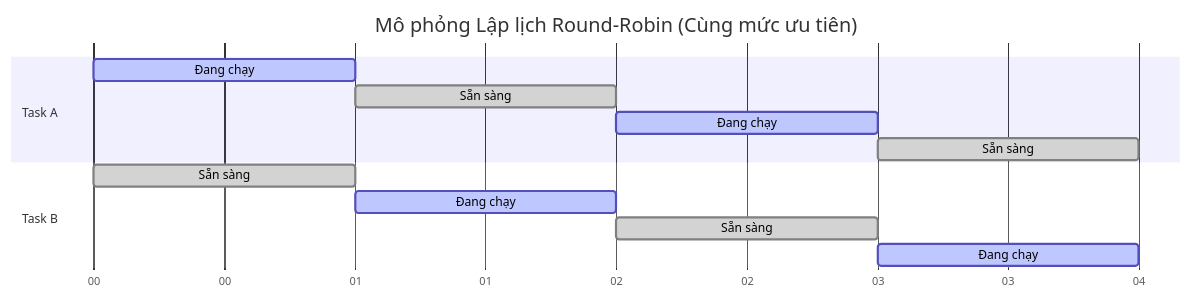
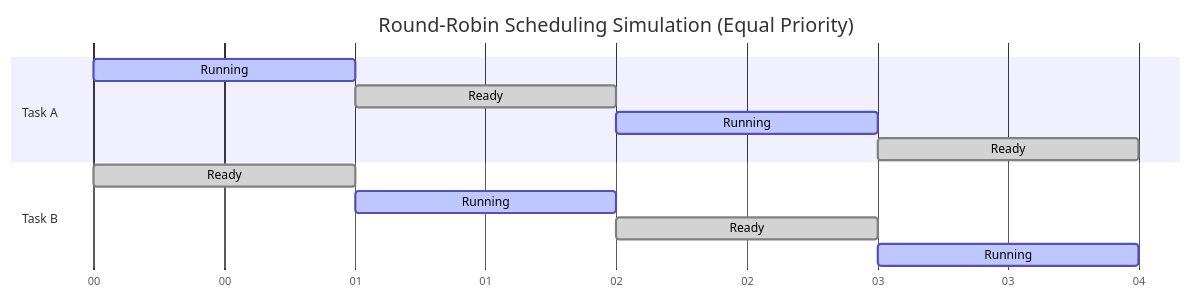
Before and after one commit to WuTech256/Embedded_RoadMap: the fourth of 4 diagrams in Real-Time Operating Systems/FreeRTOSS_Task_Creation/FreeRTOS_Task_Creation_EN.md, drawn with Mermaid. The commit also changed other lines of this file, not shown here.

````diff
--- a/Real-Time Operating Systems/FreeRTOSS_Task_Creation/FreeRTOS_Task_Creation_EN.md
+++ b/Real-Time Operating Systems/FreeRTOSS_Task_Creation/FreeRTOS_Task_Creation_EN.md
@@ -162,18 +164,18 @@
 ```mermaid
 gantt
-    title Mô phỏng Lập lịch Round-Robin (Cùng mức ưu tiên)
+    title Round-Robin Scheduling Simulation (Equal Priority)
     dateFormat  s
     axisFormat  %S
 
     section Task A
-    Đang chạy :active, ta1, 0, 1s
-    Sẵn sàng  :done, ta2, 1, 1s
-    Đang chạy :active, ta3, 2, 1s
-    Sẵn sàng  :done, ta4, 3, 1s
+    Running :active, ta1, 0, 1s
+    Ready   :done, ta2, 1, 1s
+    Running :active, ta3, 2, 1s
+    Ready   :done, ta4, 3, 1s
 
     section Task B
-    Sẵn sàng  :done, tb1, 0, 1s
-    Đang chạy :active, tb2, 1, 1s
-    Sẵn sàng  :done, tb3, 2, 1s
-    Đang chạy :active, tb4, 3, 1s
+    Ready   :done, tb1, 0, 1s
+    Running :active, tb2, 1, 1s
+    Ready   :done, tb3, 2, 1s
+    Running :active, tb4, 3, 1s
 ```
````
